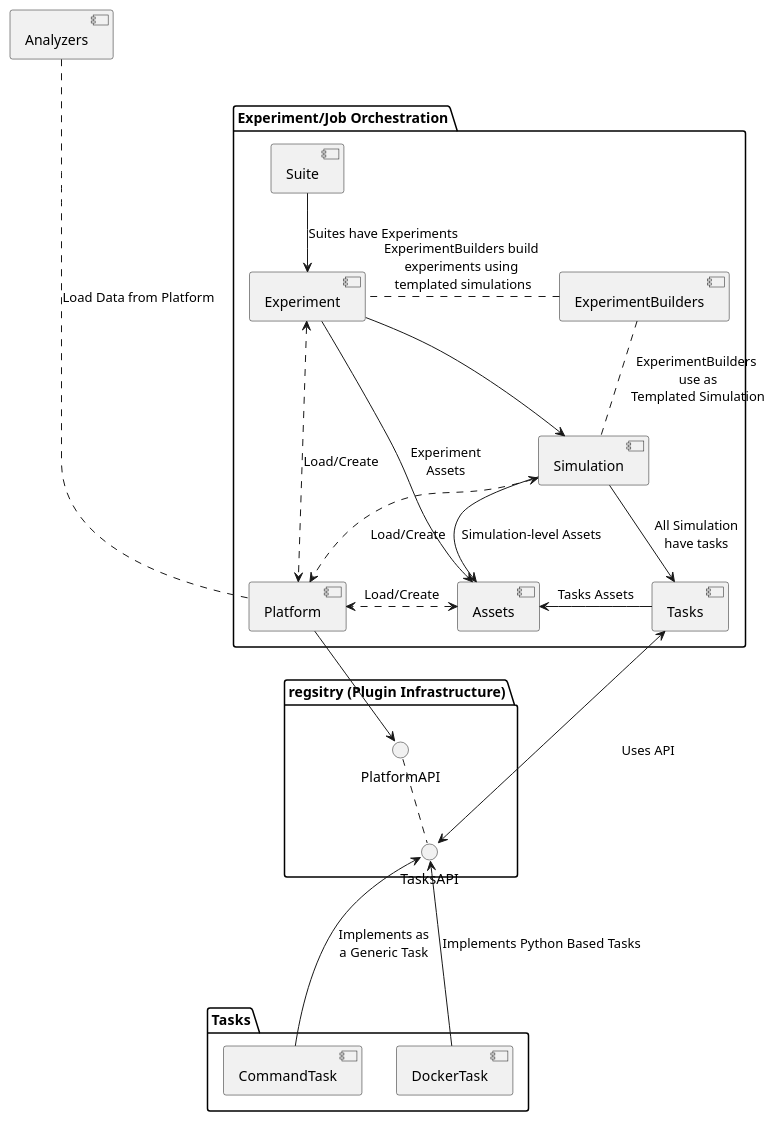
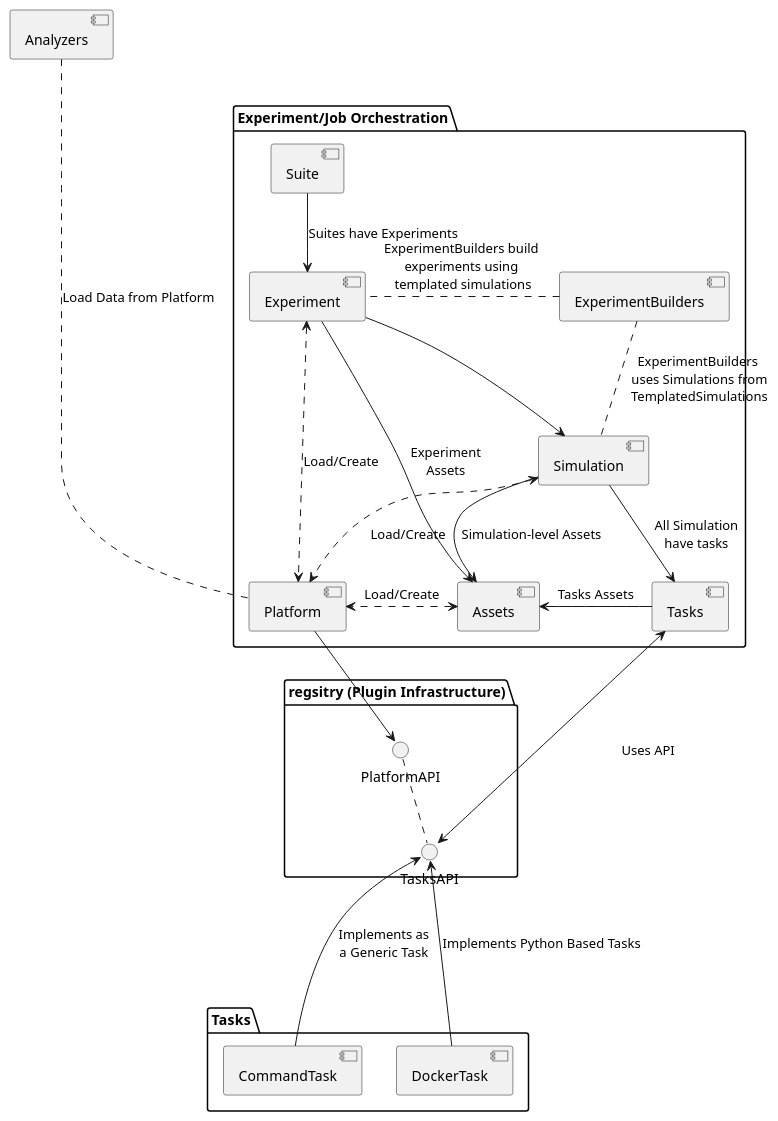
The diagram in diagrams/core.puml (shchen-idmod/idmtools-1), drawn with PlantUML before and after one commit.

Commit message:
#814 - Diagrams

```diff
--- a/diagrams/core.puml
+++ b/diagrams/core.puml
@@ -1,41 +1,41 @@
 @startuml
 
 [Analyzers]
 package "Experiment/Job Orchestration" as ejo {
     [Assets]
     [Experiment]
     [ExperimentBuilders]
     [Simulation]
     [Tasks]
     [Platform]
     [Suite]
 }
 
 
 package "regsitry (Plugin Infrastructure)" as regsitry {
     () "PlatformAPI" as PlatformAPI
     () "TasksAPI" as TasksAPI
 }
 package "Tasks" as tasks {
   [CommandTask]
   [DockerTask]
 }
 
 Analyzers ..... Platform: Load Data from Platform
 ExperimentBuilders . Experiment: ExperimentBuilders build \nexperiments using \ntemplated simulations
-ExperimentBuilders . Simulation : ExperimentBuilders\n use as\n Templated Simulation
+ExperimentBuilders . Simulation : ExperimentBuilders\n uses Simulations from\n TemplatedSimulations
 Platform --> PlatformAPI
 PlatformAPI .. TasksAPI
 [Suite] -down-> Experiment : Suites have Experiments
 [Assets] <.> Platform : Load/Create
 [Experiment] <.down.> Platform : Load/Create
 [Experiment] -down-> Simulation
 [Experiment] -right-> [Assets] : Experiment\nAssets
 [Simulation] -> Assets: Simulation-level Assets
 [Simulation] <.> Platform : Load/Create
 [Simulation] -down-> [Tasks] : All Simulation\nhave tasks
 [Tasks] -> Assets : Tasks Assets
 [Tasks] <---> TasksAPI : Uses API
 TasksAPI <-right-- CommandTask : Implements as\na Generic Task
 TasksAPI <-down-- DockerTask: Implements Python Based Tasks
 @enduml
```
